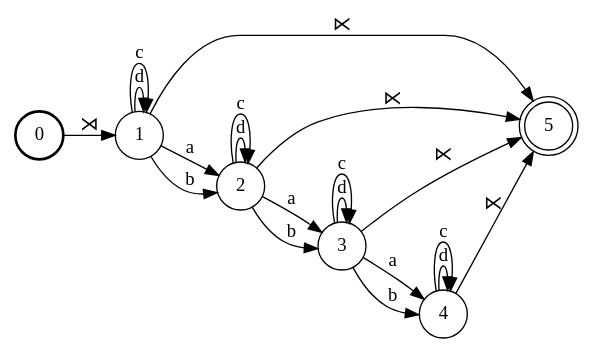
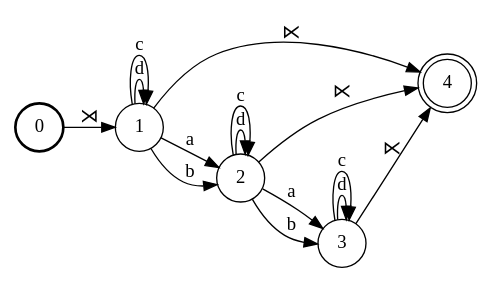
One commit to colincwilson/wynini changed the diagram in demo/T.dot. Above: the diagram before and after it, drawn with Graphviz. The commit also changed 6 other files, not shown here.

```diff
--- a/demo/T.dot
+++ b/demo/T.dot
@@ -1,33 +1,27 @@
 digraph FST {
 rankdir = LR;
 size = "8.5,11";
 center = 1;
 orientation = Portrait;
 ranksep = "0.4";
 nodesep = "0.25";
 0 [label = "0", shape = circle, style = bold, fontsize = 14]
 	0 -> 1 [label = "⋊", fontsize = 14];
 1 [label = "1", shape = circle, style = solid, fontsize = 14]
-	1 -> 2 [label = "⋉", fontsize = 14];
-	1 -> 3 [label = "a", fontsize = 14];
-	1 -> 3 [label = "b", fontsize = 14];
+	1 -> 4 [label = "⋉", fontsize = 14];
+	1 -> 2 [label = "a", fontsize = 14];
+	1 -> 2 [label = "b", fontsize = 14];
 	1 -> 1 [label = "d", fontsize = 14];
 	1 -> 1 [label = "c", fontsize = 14];
-2 [label = "5", shape = doublecircle, style = solid, fontsize = 14]
-3 [label = "2", shape = circle, style = solid, fontsize = 14]
-	3 -> 2 [label = "⋉", fontsize = 14];
-	3 -> 4 [label = "a", fontsize = 14];
-	3 -> 4 [label = "b", fontsize = 14];
+2 [label = "2", shape = circle, style = solid, fontsize = 14]
+	2 -> 4 [label = "⋉", fontsize = 14];
+	2 -> 3 [label = "a", fontsize = 14];
+	2 -> 3 [label = "b", fontsize = 14];
+	2 -> 2 [label = "d", fontsize = 14];
+	2 -> 2 [label = "c", fontsize = 14];
+3 [label = "3", shape = circle, style = solid, fontsize = 14]
+	3 -> 4 [label = "⋉", fontsize = 14];
 	3 -> 3 [label = "d", fontsize = 14];
 	3 -> 3 [label = "c", fontsize = 14];
-4 [label = "3", shape = circle, style = solid, fontsize = 14]
-	4 -> 2 [label = "⋉", fontsize = 14];
-	4 -> 5 [label = "a", fontsize = 14];
-	4 -> 5 [label = "b", fontsize = 14];
-	4 -> 4 [label = "d", fontsize = 14];
-	4 -> 4 [label = "c", fontsize = 14];
-5 [label = "4", shape = circle, style = solid, fontsize = 14]
-	5 -> 2 [label = "⋉", fontsize = 14];
-	5 -> 5 [label = "d", fontsize = 14];
-	5 -> 5 [label = "c", fontsize = 14];
+4 [label = "4", shape = doublecircle, style = solid, fontsize = 14]
 }
```
